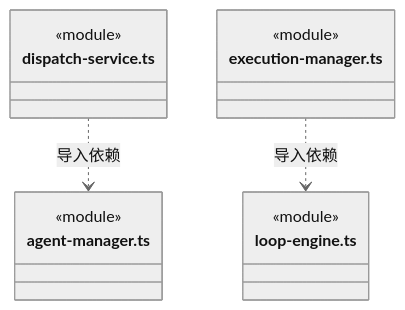
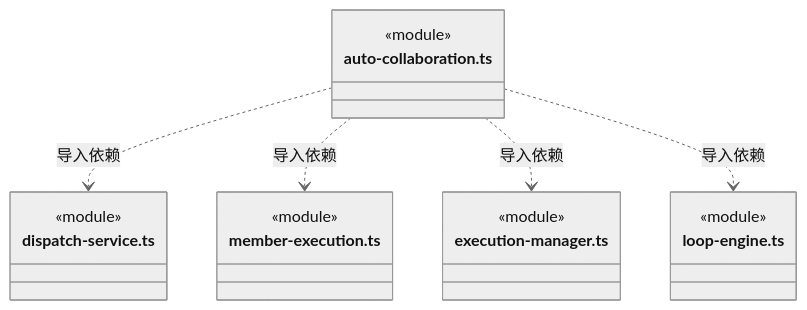
One commit to nan023062/cbim changed diagram 21 of 26 in src/backend/scheduler-engine/execution/ARCHITECTURE.md. Above: the diagram before and after it, drawn with Mermaid (neutral theme). The commit also changed other lines of this file and 240 other files, not shown here.

````diff
--- a/src/backend/scheduler-engine/execution/ARCHITECTURE.md
+++ b/src/backend/scheduler-engine/execution/ARCHITECTURE.md
@@ -139,17 +547,22 @@
 ```mermaid
 classDiagram
+class N_src_backend_scheduler_engine_execution_auto_collaboration_ts["auto-collaboration.ts"] {
+  <<module>>
+}
 class N_src_backend_scheduler_engine_execution_dispatch_service_ts["dispatch-service.ts"] {
   <<module>>
 }
-class N_src_backend_scheduler_engine_execution_agent_manager_ts["agent-manager.ts"] {
+class N_src_backend_scheduler_engine_execution_member_execution_ts["member-execution.ts"] {
   <<module>>
 }
 class N_src_backend_scheduler_engine_execution_execution_manager_ts["execution-manager.ts"] {
   <<module>>
 }
 class N_src_backend_scheduler_engine_execution_loop_engine_ts["loop-engine.ts"] {
   <<module>>
 }
-N_src_backend_scheduler_engine_execution_dispatch_service_ts ..> N_src_backend_scheduler_engine_execution_agent_manager_ts : 导入依赖
-N_src_backend_scheduler_engine_execution_execution_manager_ts ..> N_src_backend_scheduler_engine_execution_loop_engine_ts : 导入依赖
+N_src_backend_scheduler_engine_execution_auto_collaboration_ts ..> N_src_backend_scheduler_engine_execution_dispatch_service_ts : 导入依赖
+N_src_backend_scheduler_engine_execution_auto_collaboration_ts ..> N_src_backend_scheduler_engine_execution_member_execution_ts : 导入依赖
+N_src_backend_scheduler_engine_execution_auto_collaboration_ts ..> N_src_backend_scheduler_engine_execution_execution_manager_ts : 导入依赖
+N_src_backend_scheduler_engine_execution_auto_collaboration_ts ..> N_src_backend_scheduler_engine_execution_loop_engine_ts : 导入依赖
 ```
````
